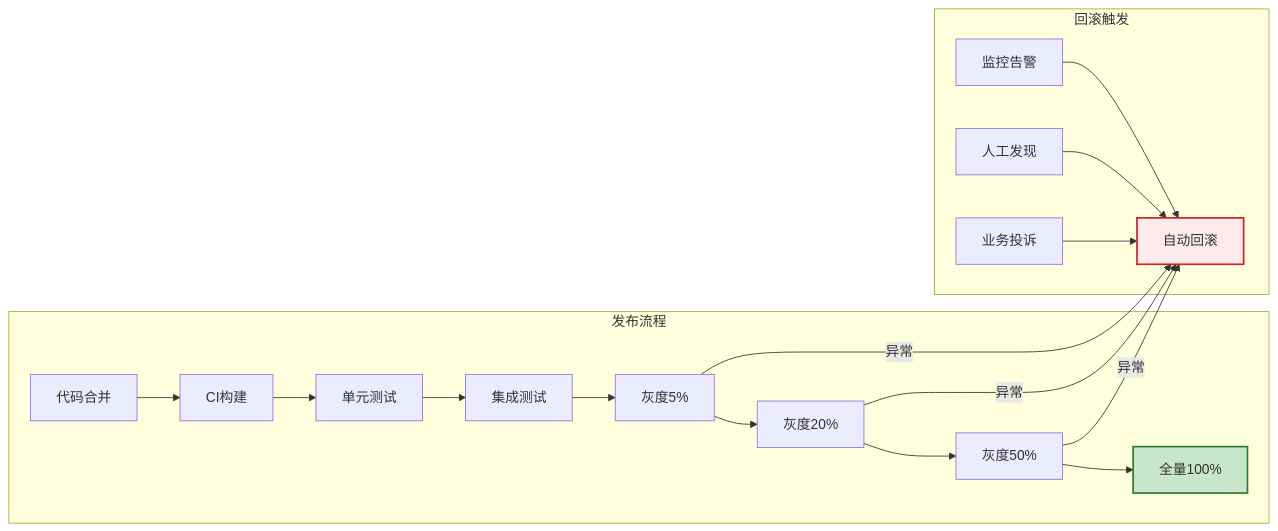
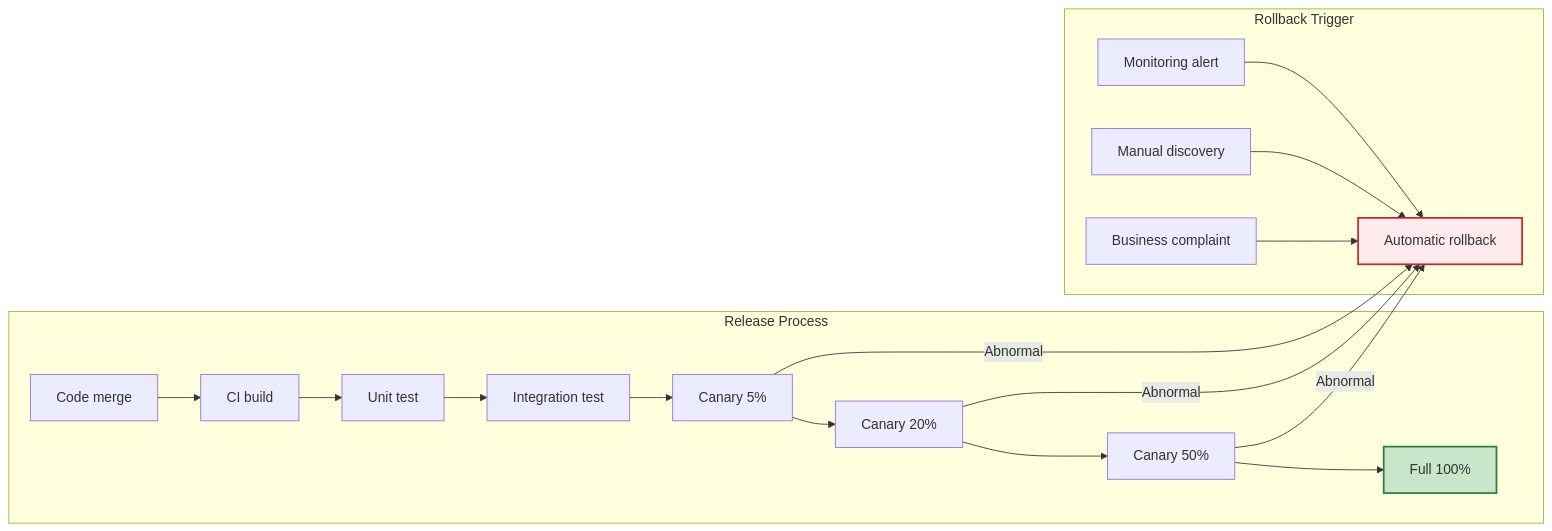
One commit to Kirky-X/cangjie changed the tenth of 10 diagrams in templates/产品/技术层/【模板】核心算法文档.md. Above: the diagram before and after it, drawn with Mermaid. The commit also changed other lines of this file and 60 other files, not shown here.

````diff
--- a/templates/产品/技术层/【模板】核心算法文档.md
+++ b/templates/产品/技术层/【模板】核心算法文档.md
@@ -911,25 +911,25 @@
 ```mermaid
 graph LR
-    subgraph 发布流程
-        A[代码合并] --> B[CI构建]
-        B --> C[单元测试]
-        C --> D[集成测试]
-        D --> E[灰度5%]
-        E --> F[灰度20%]
-        F --> G[灰度50%]
-        G --> H[全量100%]
+    subgraph Release Process
+        A[Code merge] --> B[CI build]
+        B --> C[Unit test]
+        C --> D[Integration test]
+        D --> E[Canary 5%]
+        E --> F[Canary 20%]
+        F --> G[Canary 50%]
+        G --> H[Full 100%]
     end
 
-    subgraph 回滚触发
-        R1[监控告警] --> Rollback[自动回滚]
-        R2[人工发现] --> Rollback
-        R3[业务投诉] --> Rollback
+    subgraph Rollback Trigger
+        R1[Monitoring alert] --> Rollback[Automatic rollback]
+        R2[Manual discovery] --> Rollback
+        R3[Business complaint] --> Rollback
     end
 
-    E -->|异常| Rollback
-    F -->|异常| Rollback
-    G -->|异常| Rollback
+    E -->|Abnormal| Rollback
+    F -->|Abnormal| Rollback
+    G -->|Abnormal| Rollback
 
     style H fill:#c8e6c9,stroke:#2e7d32,stroke-width:2px
     style Rollback fill:#ffebee,stroke:#c62828,stroke-width:2px
 ```
````
